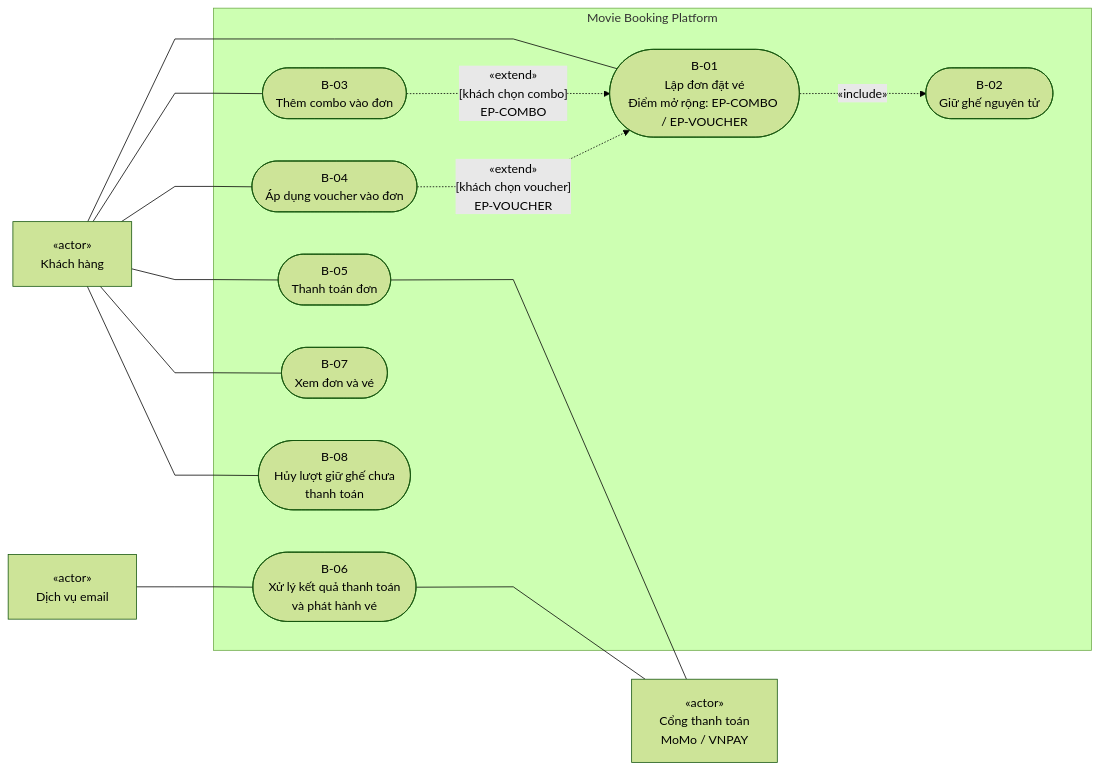
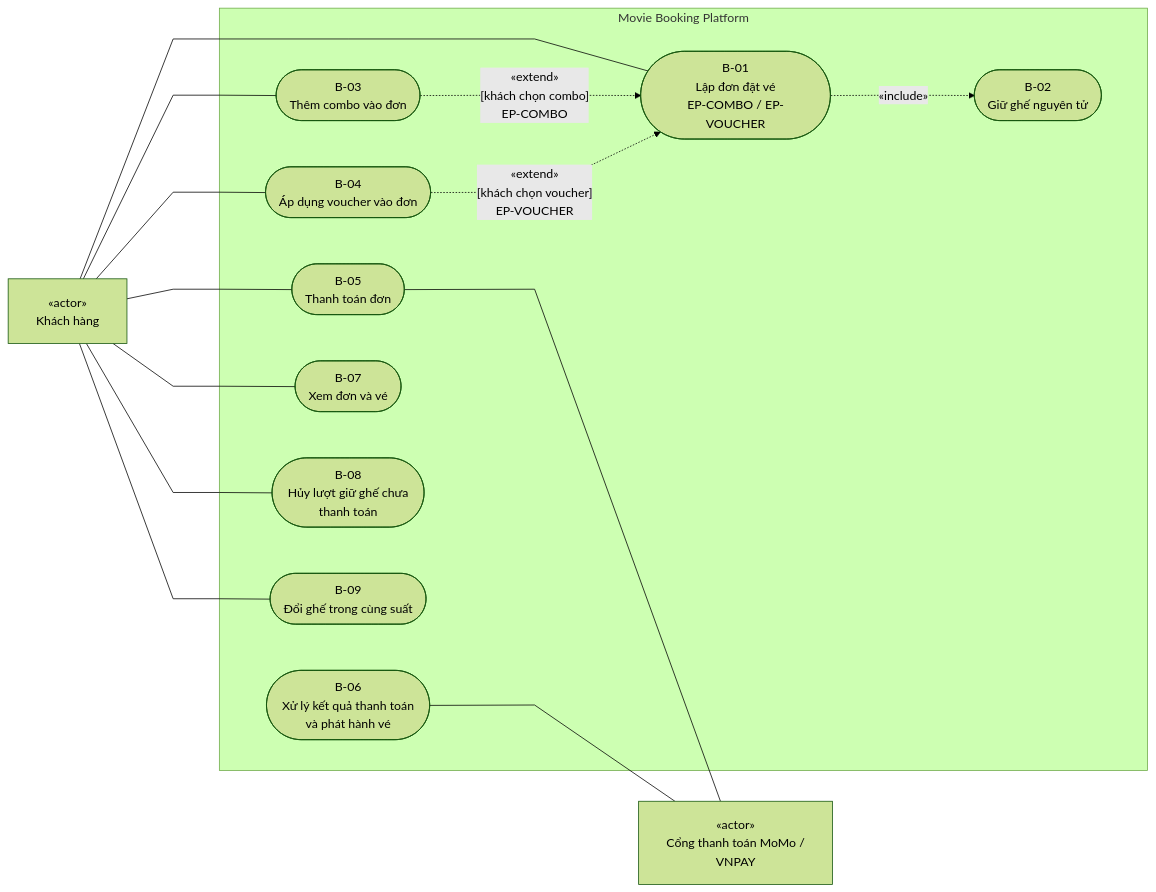
One commit to NhiBuaa/movie-booking-agent changed the third of 10 diagrams in docs/03-product/use-cases.md. Above: the diagram before and after it, drawn with Mermaid (forest theme). The commit also changed other lines of this file and 24 other files, not shown here.

Commit message:
docs: synchronize UML use cases and approved business policies

````diff
--- a/docs/03-product/use-cases.md
+++ b/docs/03-product/use-cases.md
@@ -270,31 +296,30 @@
 ```mermaid
-%%{init: {"flowchart":{"nodeSpacing":55,"rankSpacing":100,"curve":"linear","useMaxWidth":false,"padding":18}}}%%
+%%{init: {"flowchart":{"nodeSpacing":60,"rankSpacing":120,"curve":"linear","useMaxWidth":false,"padding":18}}}%%
 flowchart LR
+    %% Mỗi actor có một ID duy nhất; các khung G chỉ gom bố cục.
     customer["«actor»<br/>Khách hàng"]
-    pay["«actor»<br/>Cổng thanh toán<br/>MoMo / VNPAY"]
-    mail["«actor»<br/>Dịch vụ email"]
-
+    pay["«actor»<br/>Cổng thanh toán MoMo /<br/>VNPAY"]
     subgraph system["Movie Booking Platform"]
-        B_01(["B-01<br/>Lập đơn đặt vé<br/>Điểm mở rộng: EP-COMBO / EP-VOUCHER"])
+        B_01(["B-01<br/>Lập đơn đặt vé<br/>EP-COMBO / EP-VOUCHER"])
         B_02(["B-02<br/>Giữ ghế nguyên tử"])
         B_03(["B-03<br/>Thêm combo vào đơn"])
         B_04(["B-04<br/>Áp dụng voucher vào đơn"])
         B_05(["B-05<br/>Thanh toán đơn"])
         B_06(["B-06<br/>Xử lý kết quả thanh toán<br/>và phát hành vé"])
         B_07(["B-07<br/>Xem đơn và vé"])
         B_08(["B-08<br/>Hủy lượt giữ ghế chưa<br/>thanh toán"])
+        B_09(["B-09<br/>Đổi ghế trong cùng suất"])
     end
-
     customer --- B_01
     customer --- B_03
     customer --- B_04
     customer --- B_05
+    B_05 --- pay
+    B_06 --- pay
     customer --- B_07
     customer --- B_08
-    B_05 --- pay
-    B_06 --- pay
-    mail --- B_06
+    customer --- B_09
     B_01 -.->|"«include»"| B_02
     B_03 -.->|"«extend»<br/>[khách chọn combo]<br/>EP-COMBO"| B_01
     B_04 -.->|"«extend»<br/>[khách chọn voucher]<br/>EP-VOUCHER"| B_01
 ```
````
